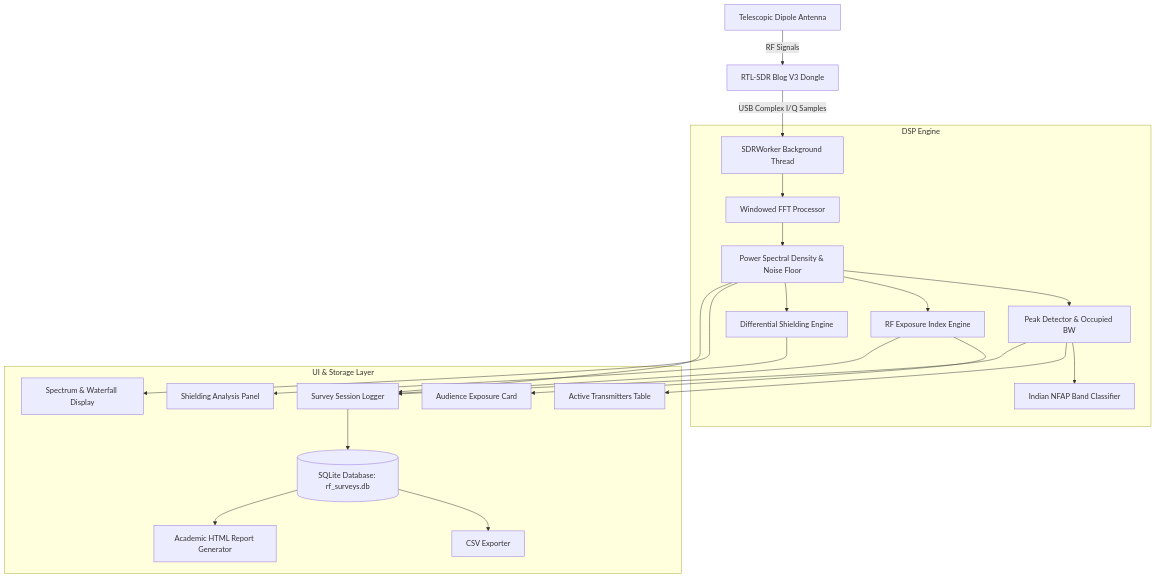
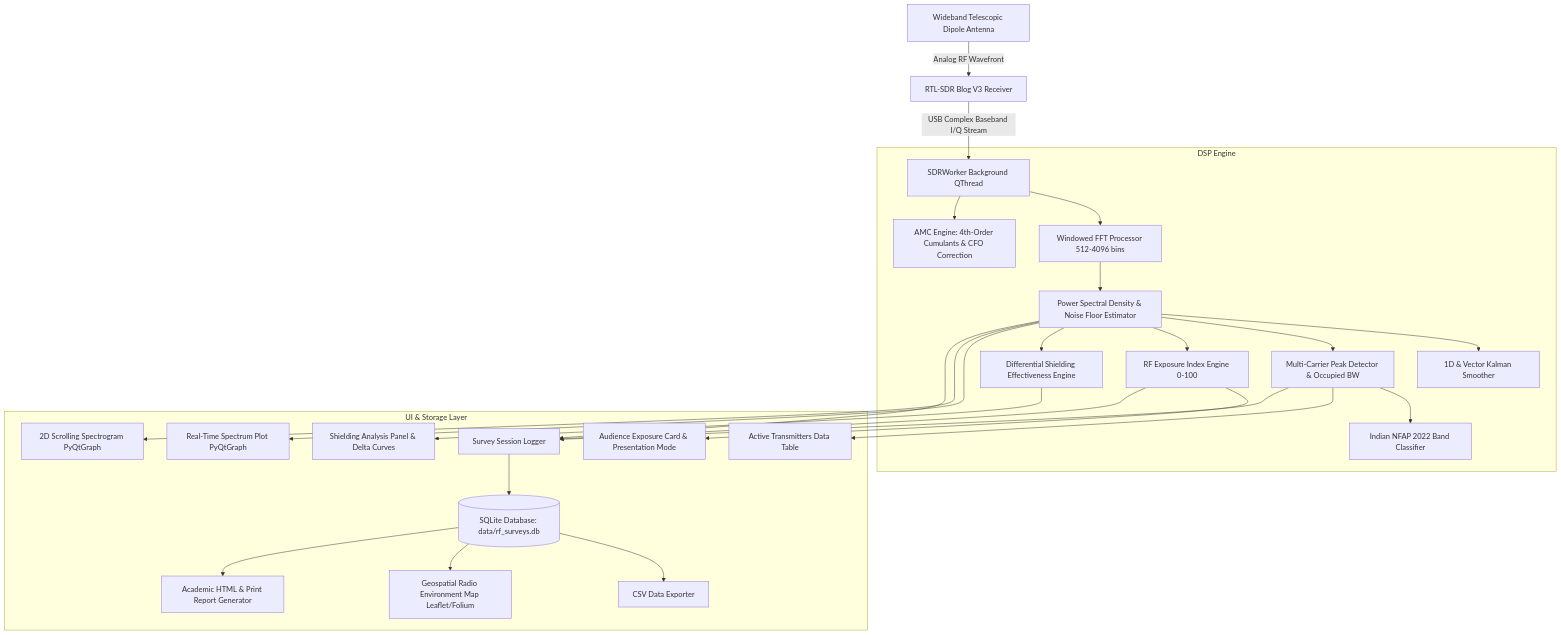
Before and after one commit to naveengouda091/RF-monitor-tool: the diagram in README.md, drawn with Mermaid. The commit also changed other lines of this file and 1 other file, not shown here.

````diff
--- a/README.md
+++ b/README.md
@@ -70,26 +88,30 @@
 ```mermaid
 graph TD
-    Antenna[Telescopic Dipole Antenna] -->|RF Signals| SDR[RTL-SDR Blog V3 Dongle]
-    SDR -->|USB Complex I/Q Samples| Worker[SDRWorker Background Thread]
+    Antenna[Wideband Telescopic Dipole Antenna] -->|Analog RF Wavefront| SDR[RTL-SDR Blog V3 Receiver]
+    SDR -->|USB Complex Baseband I/Q Stream| Worker[SDRWorker Background QThread]
     
     subgraph DSP Engine
-        Worker --> FFT[Windowed FFT Processor]
-        FFT --> PSD[Power Spectral Density & Noise Floor]
-        PSD --> Peaks[Peak Detector & Occupied BW]
-        Peaks --> Classify[Indian NFAP Band Classifier]
-        PSD --> Exposure[RF Exposure Index Engine]
-        PSD --> Shielding[Differential Shielding Engine]
+        Worker --> FFT[Windowed FFT Processor 512-4096 bins]
+        FFT --> PSD[Power Spectral Density & Noise Floor Estimator]
+        PSD --> Kalman[1D & Vector Kalman Smoother]
+        PSD --> Peaks[Multi-Carrier Peak Detector & Occupied BW]
+        Peaks --> NFAP[Indian NFAP 2022 Band Classifier]
+        Worker --> AMC[AMC Engine: 4th-Order Cumulants & CFO Correction]
+        PSD --> Exposure[RF Exposure Index Engine 0-100]
+        PSD --> Shielding[Differential Shielding Effectiveness Engine]
     end
     
     subgraph UI & Storage Layer
-        PSD --> Plots[Spectrum & Waterfall Display]
-        Exposure --> Ribbon[Audience Exposure Card]
-        Peaks --> Table[Active Transmitters Table]
-        Shielding --> ShieldPanel[Shielding Analysis Panel]
+        PSD --> SpectrumPlot[Real-Time Spectrum Plot PyQtGraph]
+        PSD --> WaterfallPlot[2D Scrolling Spectrogram PyQtGraph]
+        Exposure --> ExposureRibbon[Audience Exposure Card & Presentation Mode]
+        Peaks --> CarrierTable[Active Transmitters Data Table]
+        Shielding --> ShieldingPanel[Shielding Analysis Panel & Delta Curves]
         
         PSD & Exposure & Peaks --> Logger[Survey Session Logger]
-        Logger --> DB[(SQLite Database: rf_surveys.db)]
-        DB --> CSV[CSV Exporter]
-        DB --> HTMLReport[Academic HTML Report Generator]
+        Logger --> DB[(SQLite Database: data/rf_surveys.db)]
+        DB --> CSVExport[CSV Data Exporter]
+        DB --> REMMap[Geospatial Radio Environment Map Leaflet/Folium]
+        DB --> AcademicReport[Academic HTML & Print Report Generator]
     end
 ```
````
